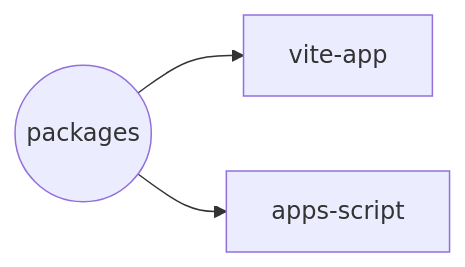
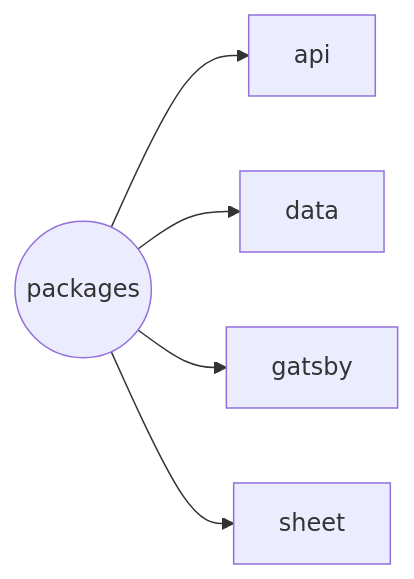
Before and after one commit to hgodinho/cv: the diagram in README.md, drawn with Mermaid. The commit also changed other lines of this file and 4 other files, not shown here.

````diff
--- a/README.md
+++ b/README.md
@@ -7,7 +9,9 @@
 ```mermaid
     flowchart LR
         packages((packages))    
 
-        packages --> vite-app
-        packages --> apps-script
+        packages --> api
+        packages --> data
+        packages --> gatsby
+        packages --> sheet
 ```
````
